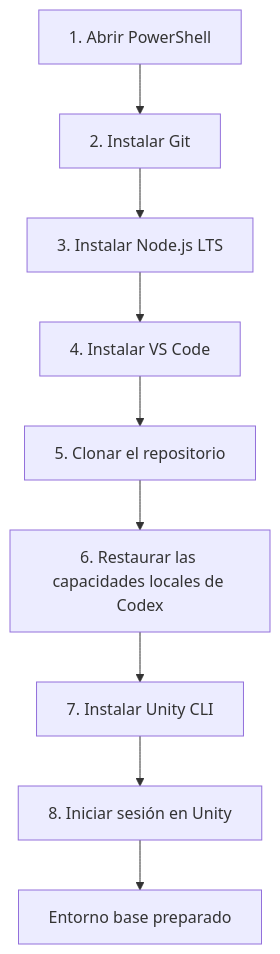
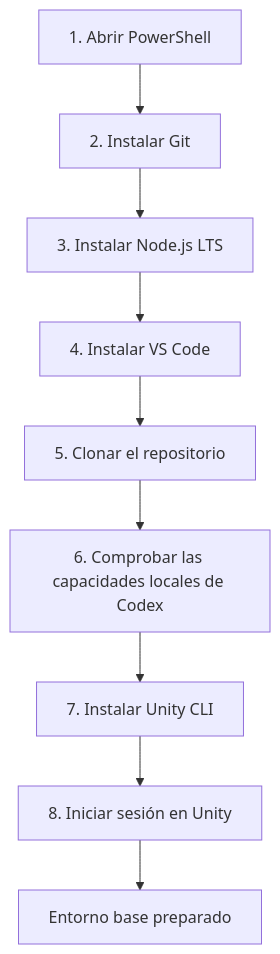
Before and after one commit to jcarrenogallego/learning-unity: the first of 3 diagrams in README.md, drawn with Mermaid. The commit also changed other lines of this file and 1 other file, not shown here.

````diff
--- a/README.md
+++ b/README.md
@@ -21,11 +21,11 @@
 ```mermaid
 flowchart TD
     A[1. Abrir PowerShell] --> B[2. Instalar Git]
     B --> C[3. Instalar Node.js LTS]
     C --> D[4. Instalar VS Code]
     D --> E[5. Clonar el repositorio]
-    E --> F[6. Restaurar las capacidades locales de Codex]
+    E --> F[6. Comprobar las capacidades locales de Codex]
     F --> G[7. Instalar Unity CLI]
     G --> H[8. Iniciar sesión en Unity]
     H --> I[Entorno base preparado]
 ```
````
